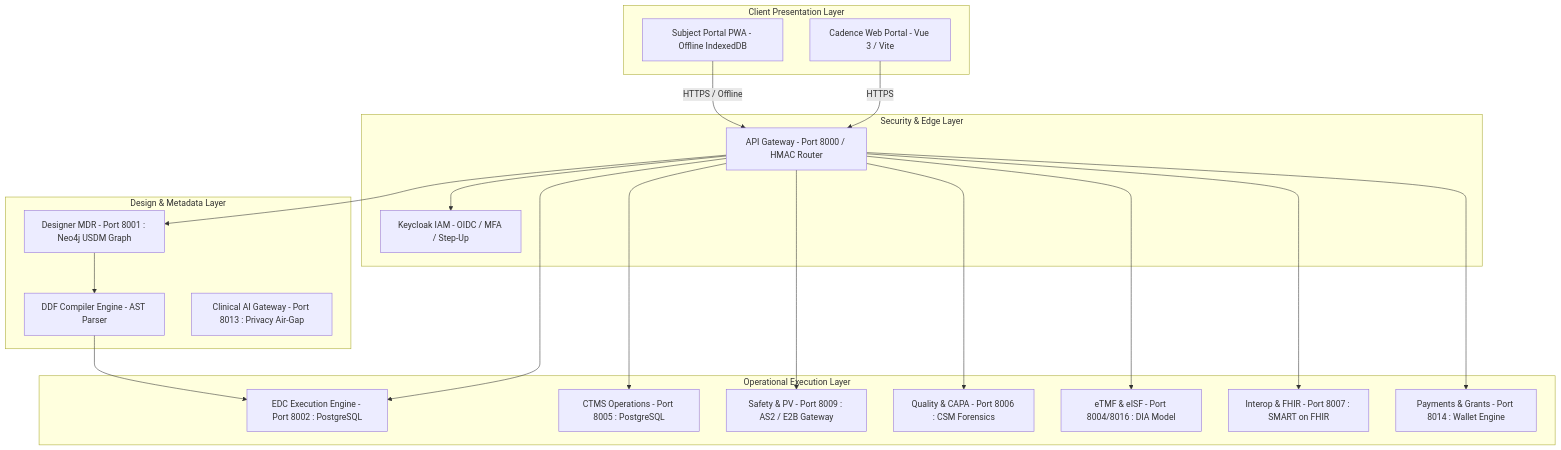
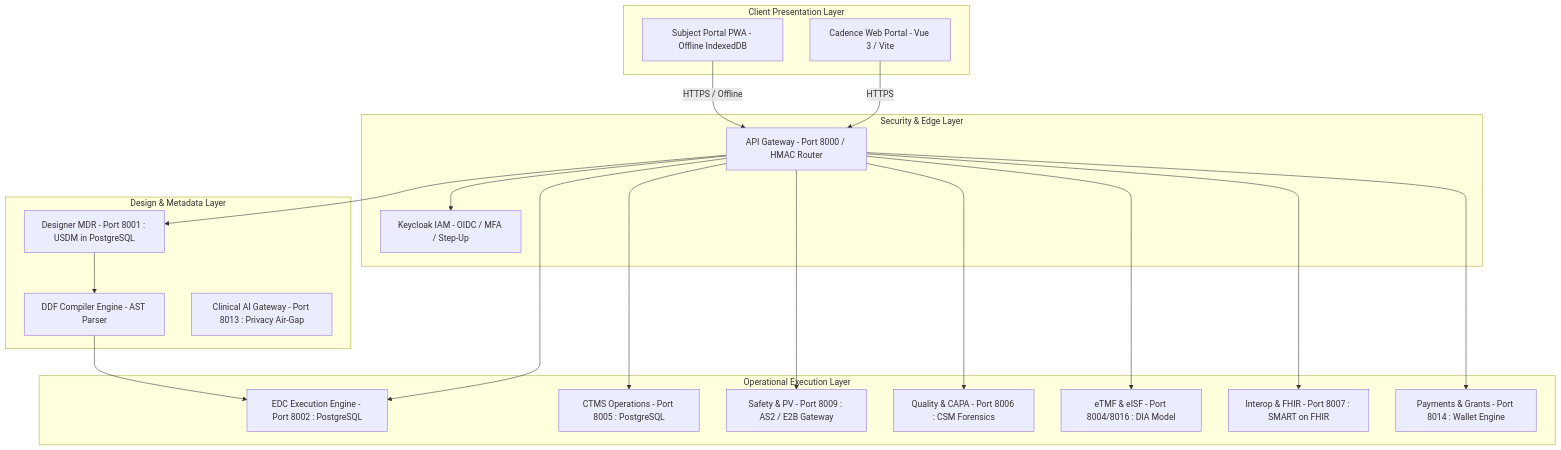
One commit to fderuiter/cadence-clinical changed the first of 5 diagrams in docs/SRS.md. Above: the diagram before and after it, drawn with Mermaid. The commit also changed other lines of this file and 18 other files, not shown here.

````diff
--- a/docs/SRS.md
+++ b/docs/SRS.md
@@ -49,43 +49,43 @@
 ```mermaid
 flowchart TD
     subgraph Client Presentation Layer
         WebPortal[Cadence Web Portal - Vue 3 / Vite]
         SubjectPWA[Subject Portal PWA - Offline IndexedDB]
     end
 
     subgraph Security & Edge Layer
         Gateway[API Gateway - Port 8000 / HMAC Router]
         Keycloak[Keycloak IAM - OIDC / MFA / Step-Up]
     end
 
     subgraph Design & Metadata Layer
-        Designer[Designer MDR - Port 8001 : Neo4j USDM Graph]
+        Designer[Designer MDR - Port 8001 : USDM in PostgreSQL]
         DDFCompiler[DDF Compiler Engine - AST Parser]
         AIGateway[Clinical AI Gateway - Port 8013 : Privacy Air-Gap]
     end
 
     subgraph Operational Execution Layer
         Execution[EDC Execution Engine - Port 8002 : PostgreSQL]
         CTMS[CTMS Operations - Port 8005 : PostgreSQL]
         Safety[Safety & PV - Port 8009 : AS2 / E2B Gateway]
         Quality[Quality & CAPA - Port 8006 : CSM Forensics]
         ETMF[eTMF & eISF - Port 8004/8016 : DIA Model]
         Interop[Interop & FHIR - Port 8007 : SMART on FHIR]
         Payments[Payments & Grants - Port 8014 : Wallet Engine]
     end
 
     WebPortal -->|HTTPS| Gateway
     SubjectPWA -->|HTTPS / Offline| Gateway
     Gateway --> Keycloak
     Gateway --> Designer
     Gateway --> Execution
     Gateway --> CTMS
     Gateway --> Safety
     Gateway --> Quality
     Gateway --> ETMF
     Gateway --> Interop
     Gateway --> Payments
 
     Designer --> DDFCompiler
     DDFCompiler --> Execution
 ```
````
